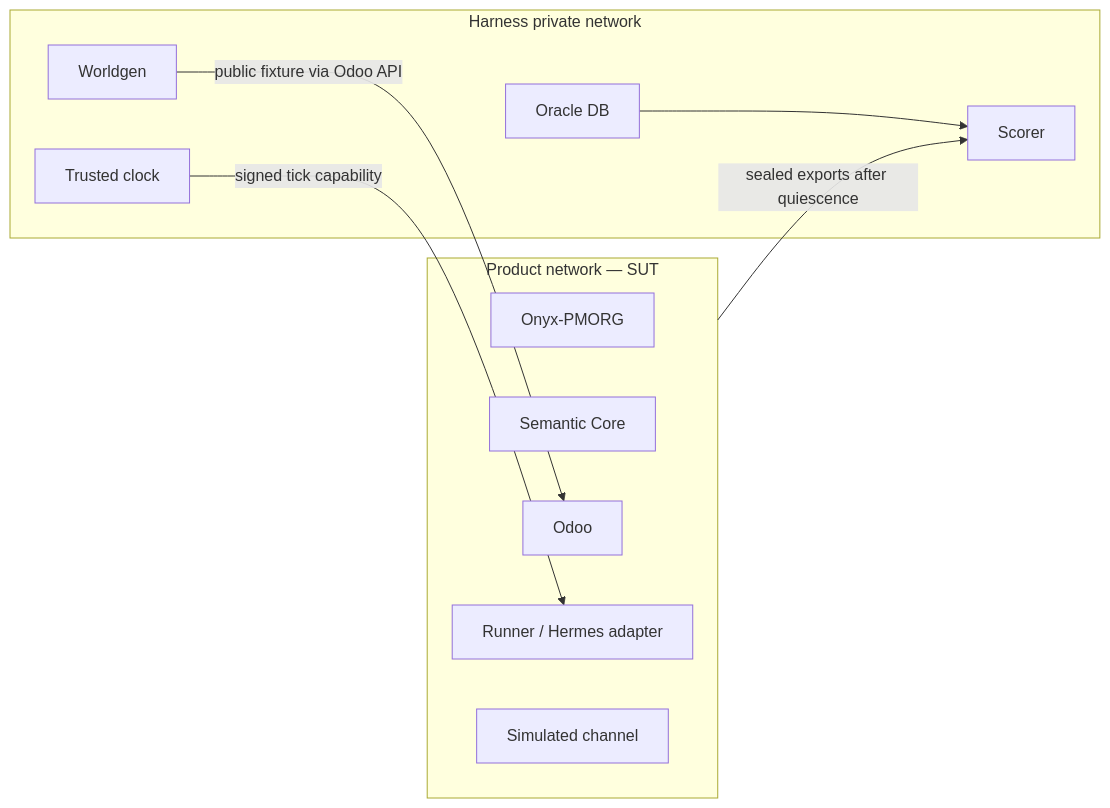
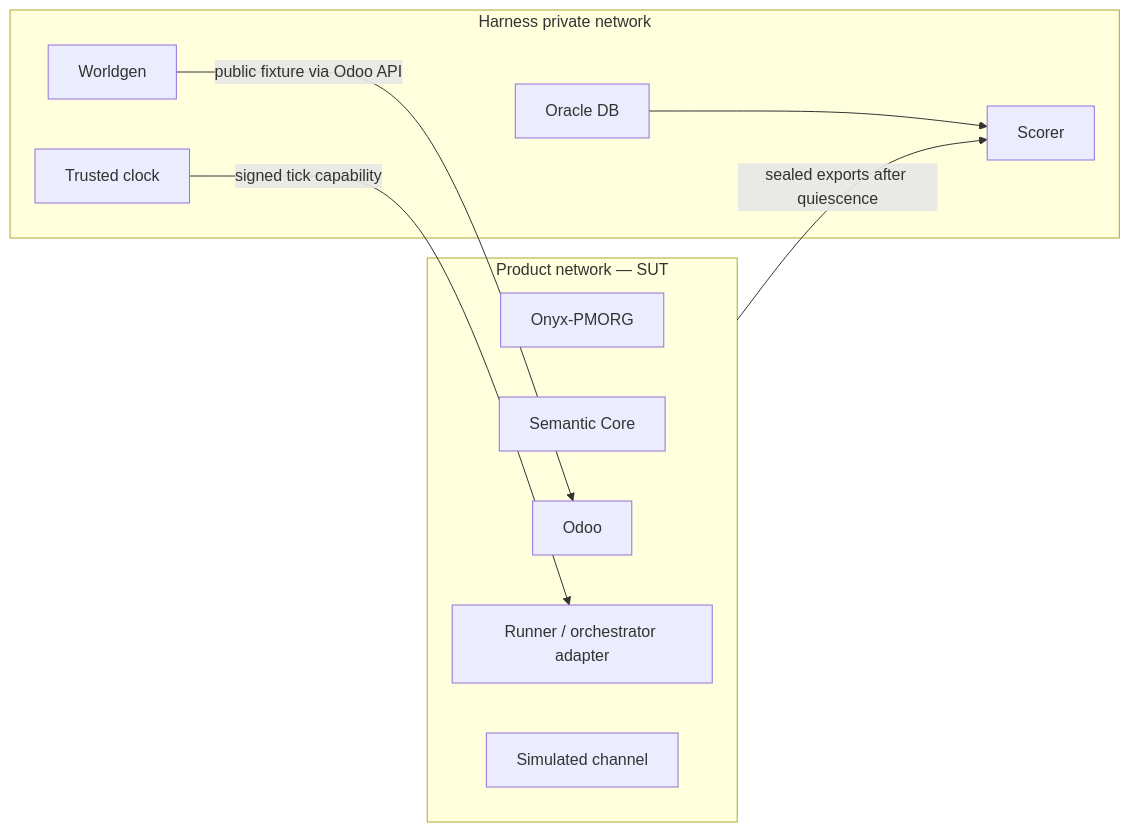
Before and after one commit to bmvv1995/PMORG: the diagram in docs/pmorg-v3/06-EVALUATION.md, drawn with Mermaid. The commit also changed other lines of this file and 19 other files, not shown here.

````diff
--- a/docs/pmorg-v3/06-EVALUATION.md
+++ b/docs/pmorg-v3/06-EVALUATION.md
@@ -24,22 +24,22 @@
 ```mermaid
 flowchart LR
     subgraph SUT["Product network — SUT"]
       P["Onyx-PMORG"]
       S["Semantic Core"]
       O["Odoo"]
-      R["Runner / Hermes adapter"]
+      R["Runner / orchestrator adapter"]
       C["Simulated channel"]
     end
 
     subgraph H["Harness private network"]
       W["Worldgen"]
       Q["Oracle DB"]
       X["Scorer"]
       K["Trusted clock"]
     end
 
     W -->|"public fixture via Odoo API"| O
     K -->|"signed tick capability"| R
     SUT -->|"sealed exports after quiescence"| X
     Q --> X
 ```
````
